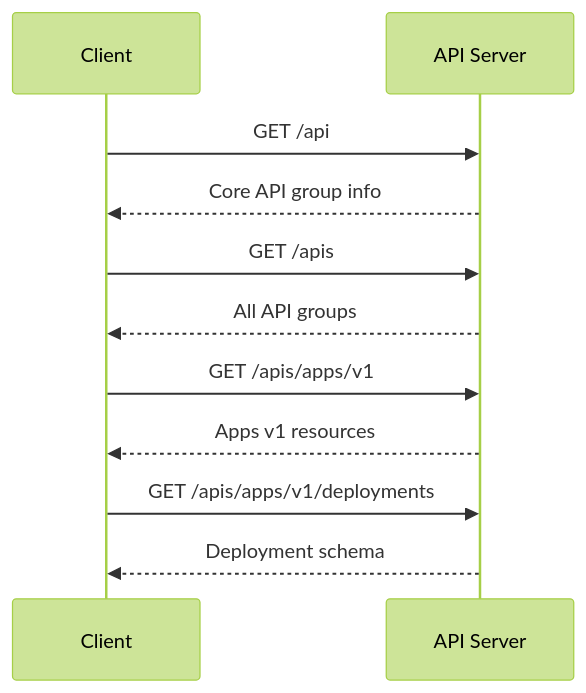
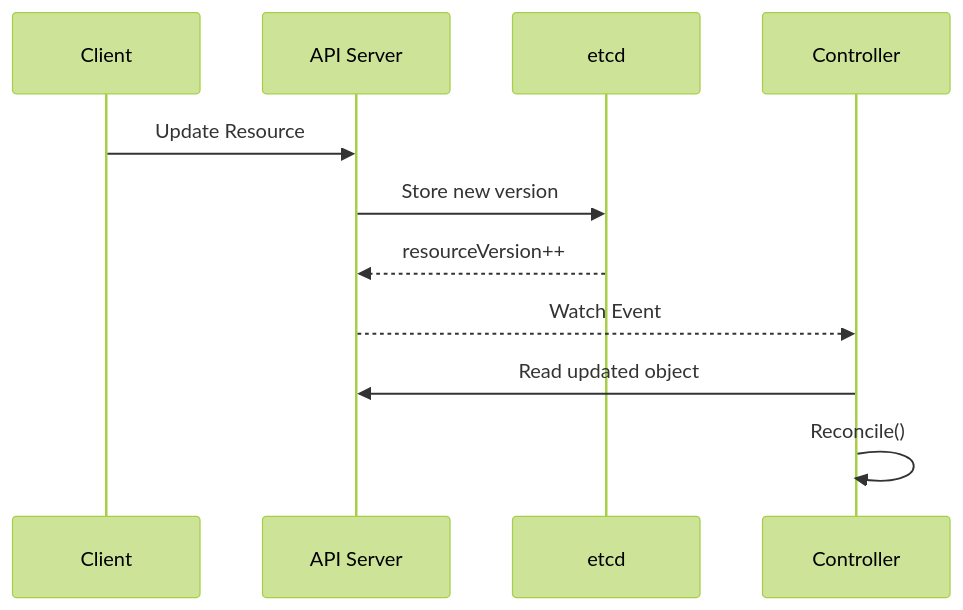
The fourth of 4 diagrams in k8s-operators-pratique/module-01/lessons/02-api-machinery.md (fallewi/advanced-kubernetes-trainings), drawn with Mermaid (forest theme) before and after one commit. The commit also changed other lines of this file, not shown here.

````diff
--- a/k8s-operators-pratique/module-01/lessons/02-api-machinery.md
+++ b/k8s-operators-pratique/module-01/lessons/02-api-machinery.md
@@ -147,17 +1571,14 @@
 ```mermaid
 sequenceDiagram
     participant Client
     participant API as API Server
-    
-    Client->>API: GET /api
-    API-->>Client: Core API group info
-    
-    Client->>API: GET /apis
-    API-->>Client: All API groups
-    
-    Client->>API: GET /apis/apps/v1
-    API-->>Client: Apps v1 resources
-    
-    Client->>API: GET /apis/apps/v1/deployments
-    API-->>Client: Deployment schema
+    participant ETCD as etcd
+    participant Watcher as Controller
+
+    Client->>API: Update Resource
+    API->>ETCD: Store new version
+    ETCD-->>API: resourceVersion++
+    API-->>Watcher: Watch Event
+    Watcher->>API: Read updated object
+    Watcher->>Watcher: Reconcile()
 ```
````
